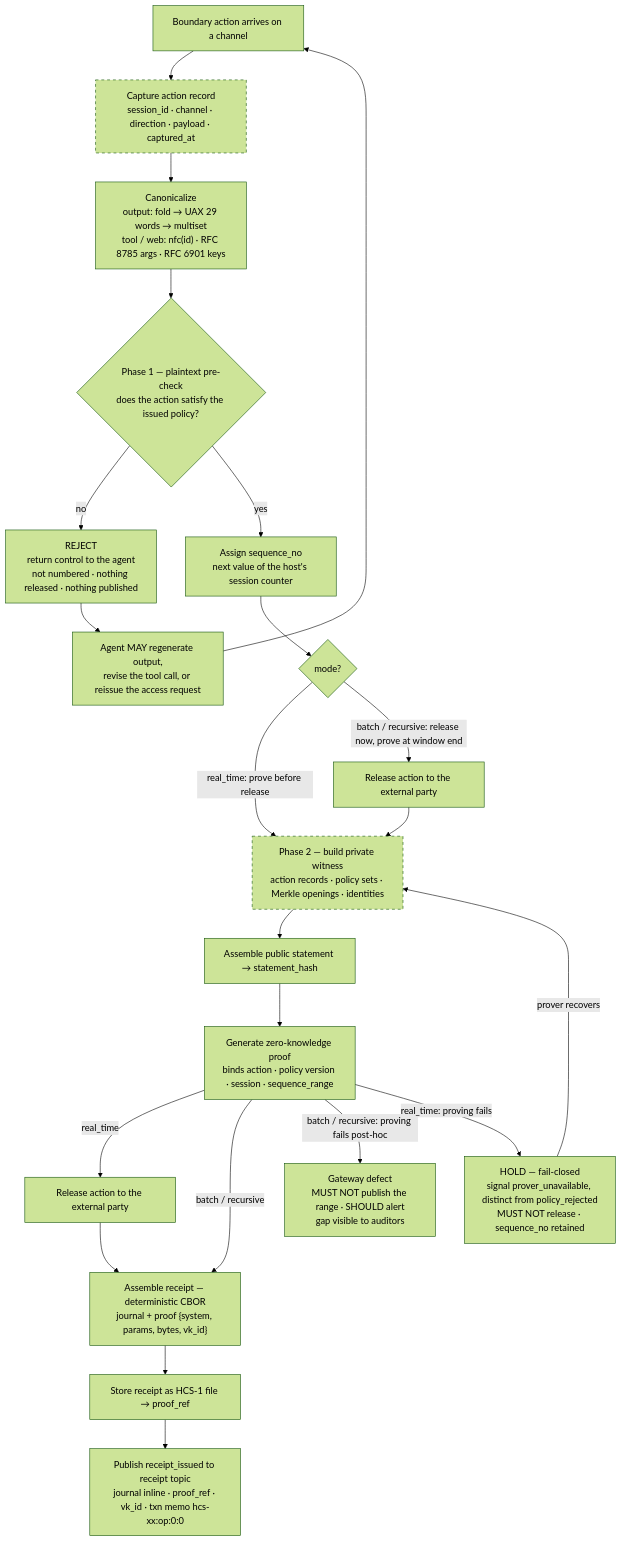
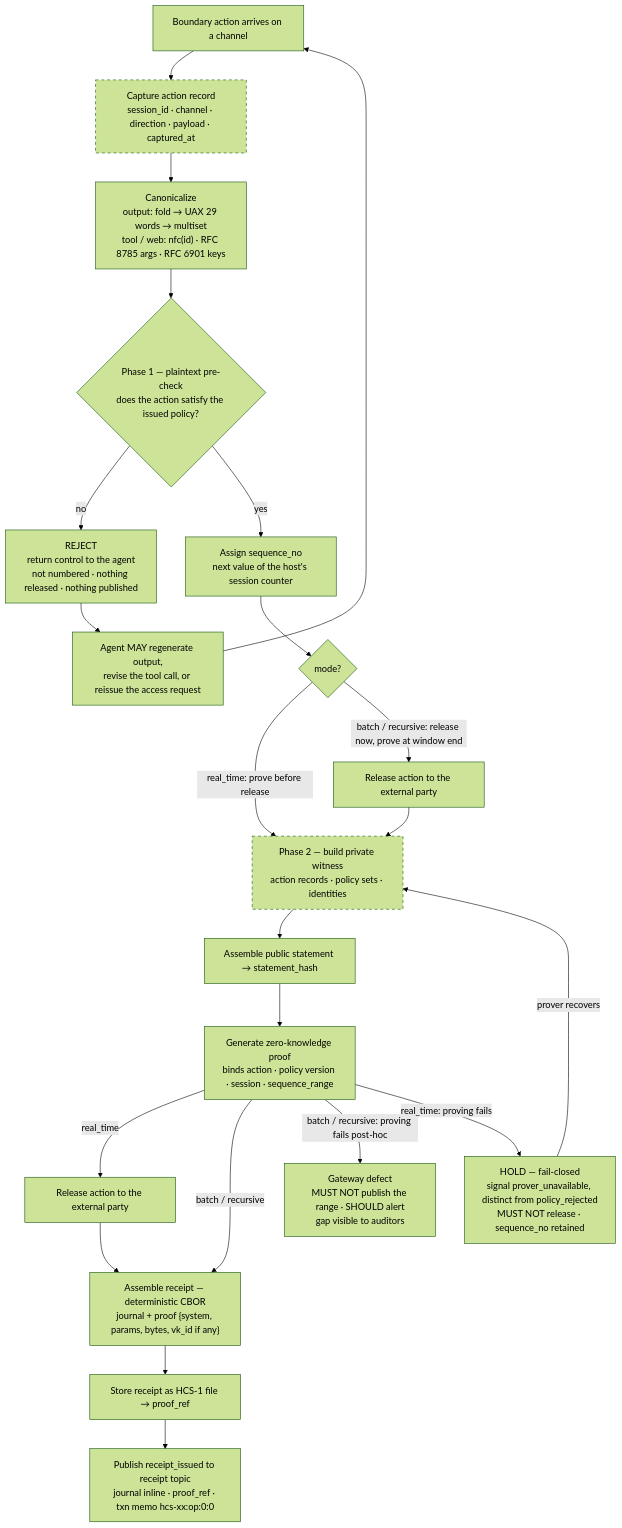
The eighth of 23 diagrams in drafts/ZKBC-Architecture-Diagrams.md (hashgraph-online/cryptographic-agent-execution-wg), drawn with Mermaid (forest theme) before and after one commit. The commit also changed other lines of this file and 3 other files, not shown here.

````diff
--- a/drafts/ZKBC-Architecture-Diagrams.md
+++ b/drafts/ZKBC-Architecture-Diagrams.md
@@ -376,39 +380,39 @@
 ```mermaid
 flowchart TB
   In["Boundary action arrives on a channel"]
   Cap["Capture action record<br/>session_id · channel · direction · payload · captured_at"]
   Canon["Canonicalize<br/>output: fold → UAX 29 words → multiset<br/>tool / web: nfc(id) · RFC 8785 args · RFC 6901 keys"]
   Pre{"Phase 1 — plaintext pre-check<br/>does the action satisfy the issued policy?"}
   Rej["REJECT<br/>return control to the agent<br/>not numbered · nothing released · nothing published"]
   Regen["Agent MAY regenerate output,<br/>revise the tool call, or reissue the access request"]
   Seq["Assign sequence_no<br/>next value of the host's session counter"]
 
   ModeQ{"mode?"}
   Rel1["Release action to the external party"]
   Rel2["Release action to the external party"]
 
-  Wit["Phase 2 — build private witness<br/>action records · policy sets · Merkle openings · identities"]
+  Wit["Phase 2 — build private witness<br/>action records · policy sets · identities"]
   Stmt["Assemble public statement → statement_hash"]
   Prove["Generate zero-knowledge proof<br/>binds action · policy version · session · sequence_range"]
   Defect["Gateway defect<br/>MUST NOT publish the range · SHOULD alert<br/>gap visible to auditors"]
   Hold["HOLD — fail-closed<br/>signal prover_unavailable, distinct from policy_rejected<br/>MUST NOT release · sequence_no retained"]
-  Rcpt["Assemble receipt — deterministic CBOR<br/>journal + proof {system, params, bytes, vk_id}"]
+  Rcpt["Assemble receipt — deterministic CBOR<br/>journal + proof {system, params, bytes, vk_id if any}"]
   Store["Store receipt as HCS-1 file → proof_ref"]
-  Pub["Publish receipt_issued to receipt topic<br/>journal inline · proof_ref · vk_id · txn memo hcs-xx:op:0:0"]
+  Pub["Publish receipt_issued to receipt topic<br/>journal inline · proof_ref · txn memo hcs-xx:op:0:0"]
 
   In --> Cap --> Canon --> Pre
   Pre -->|"no"| Rej --> Regen --> In
   Pre -->|"yes"| Seq --> ModeQ
   ModeQ -->|"real_time: prove before release"| Wit
   ModeQ -->|"batch / recursive: release now, prove at window end"| Rel2 --> Wit
   Wit --> Stmt --> Prove
   Prove -->|"real_time"| Rel1 --> Rcpt
   Prove -->|"batch / recursive"| Rcpt
   Prove -->|"batch / recursive: proving fails post-hoc"| Defect
   Prove -->|"real_time: proving fails"| Hold
   Hold -->|"prover recovers"| Wit
   Rcpt --> Store --> Pub
 
   classDef witness stroke-dasharray: 5 5;
   class Cap,Wit witness;
 ```
````
